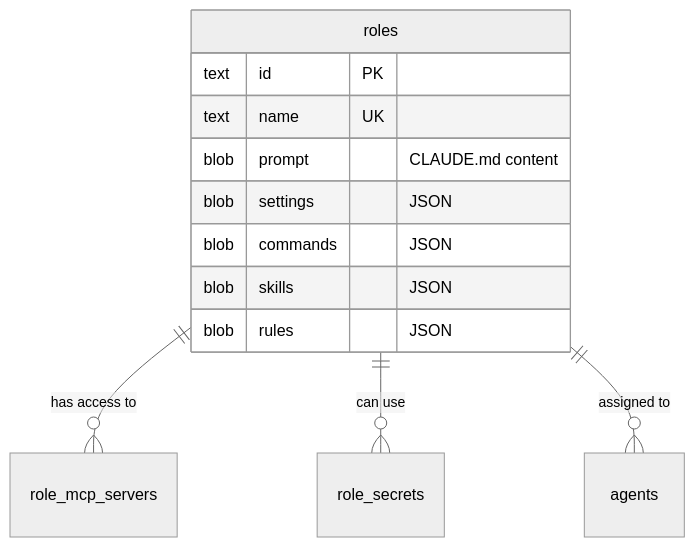
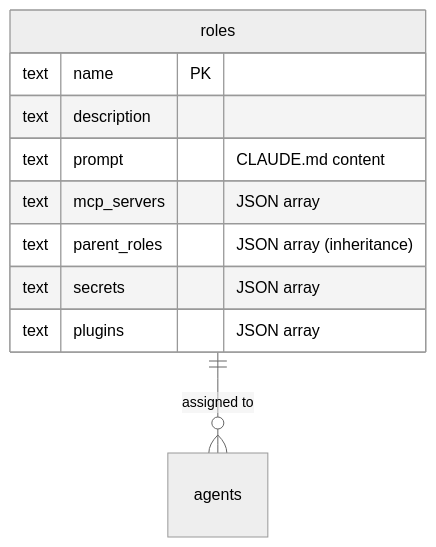
One commit to rpuneet/bc changed the third of 3 diagrams in docs/explanation/agents.md. Above: the diagram before and after it, drawn with Mermaid (neutral theme). The commit also changed other lines of this file and 6 other files, not shown here.

First line of the commit message:
docs(architecture): accuracy pass over security, networking, agents, ADRs, ci-cd, overview, notifications (#3251 part B)

````diff
--- a/docs/explanation/agents.md
+++ b/docs/explanation/agents.md
@@ -128,15 +138,13 @@
 ```mermaid
 erDiagram
-    roles ||--o{ role_mcp_servers : "has access to"
-    roles ||--o{ role_secrets : "can use"
     roles ||--o{ agents : "assigned to"
     roles {
-        text id PK
-        text name UK
-        blob prompt "CLAUDE.md content"
-        blob settings "JSON"
-        blob commands "JSON"
-        blob skills "JSON"
-        blob rules "JSON"
+        text name PK
+        text description
+        text prompt "CLAUDE.md content"
+        text mcp_servers "JSON array"
+        text parent_roles "JSON array (inheritance)"
+        text secrets "JSON array"
+        text plugins "JSON array"
     }
 ```
````
